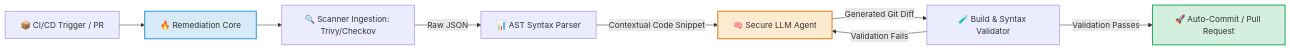
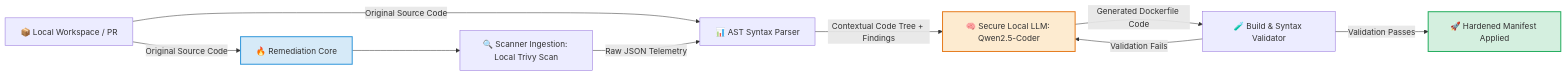
One commit to cbrkrtek/ai-devsecops-auto-remediation changed the diagram in README.md. Above: the diagram before and after it, drawn with Mermaid. The commit also changed other lines of this file, not shown here.

Commit message:
docs: update README with week 1 MVP architecture, local quickstart, and detailed roadmap

````diff
--- a/README.md
+++ b/README.md
@@ -65,14 +87,15 @@
 ```mermaid
 graph LR
-    A[📦 CI/CD Trigger / PR] --> B[🔥 Remediation Core]
-    B --> C[🔍 Scanner Ingestion: Trivy/Checkov]
-    C -->|Raw JSON| D[📊 AST Syntax Parser]
-    D -->|Contextual Code Snippet| E[🧠 Secure LLM Agent]
-    E -->|Generated Git Diff| F[🧪 Build & Syntax Validator]
+    A[📦 Local Workspace / PR] -->|Original Source Code| B[🔥 Remediation Core]
+    A -->|Original Source Code| D[📊 AST Syntax Parser]
+    B --> C[🔍 Scanner Ingestion: Local Trivy Scan]
+    C -->|Raw JSON Telemetry| D
+    D -->|Contextual Code Tree + Findings| E[🧠 Secure Local LLM: Qwen2.5-Coder]
+    E -->|Generated Dockerfile Code| F[🧪 Build & Syntax Validator]
     F -->|Validation Fails| E
-    F -->|Validation Passes| G[🚀 Auto-Commit / Pull Request]
+    F -->|Validation Passes| G[🚀 Hardened Manifest Applied]
 
     style B fill:#d6eaf8,stroke:#3498db,stroke-width:2px
     style E fill:#fdebd0,stroke:#e67e22,stroke-width:2px
     style G fill:#d4efdf,stroke:#27ae60,stroke-width:2px
 ```
````
